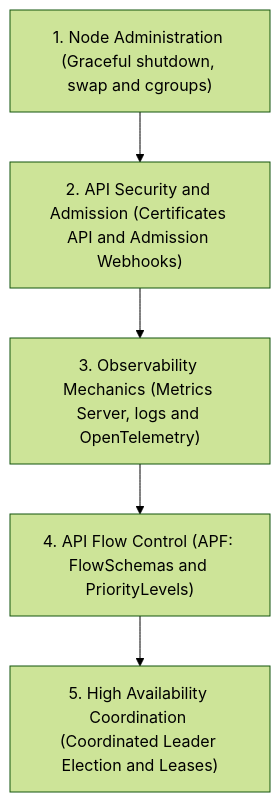
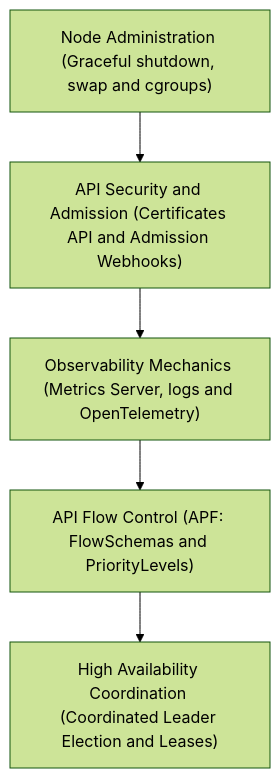
The diagram in Reference Notes/15_cluster_administration_and_observability.md (kmashour/BrainDump), drawn with Mermaid (forest theme) before and after one commit. The commit also changed 15 other files, not shown here.

Commit message:
docs: remove leading numbers from mermaid node labels to avoid list parsing errors

````diff
--- a/Reference Notes/15_cluster_administration_and_observability.md
+++ b/Reference Notes/15_cluster_administration_and_observability.md
@@ -11,7 +11,7 @@
 ```mermaid
 graph TD
-    A["1. Node Administration (Graceful shutdown, swap and cgroups)"] --> B["2. API Security and Admission (Certificates API and Admission Webhooks)"]
-    B --> C["3. Observability Mechanics (Metrics Server, logs and OpenTelemetry)"]
-    C --> D["4. API Flow Control (APF: FlowSchemas and PriorityLevels)"]
-    D --> E["5. High Availability Coordination (Coordinated Leader Election and Leases)"]
+    A["Node Administration (Graceful shutdown, swap and cgroups)"] --> B["API Security and Admission (Certificates API and Admission Webhooks)"]
+    B --> C["Observability Mechanics (Metrics Server, logs and OpenTelemetry)"]
+    C --> D["API Flow Control (APF: FlowSchemas and PriorityLevels)"]
+    D --> E["High Availability Coordination (Coordinated Leader Election and Leases)"]
 ```
````
